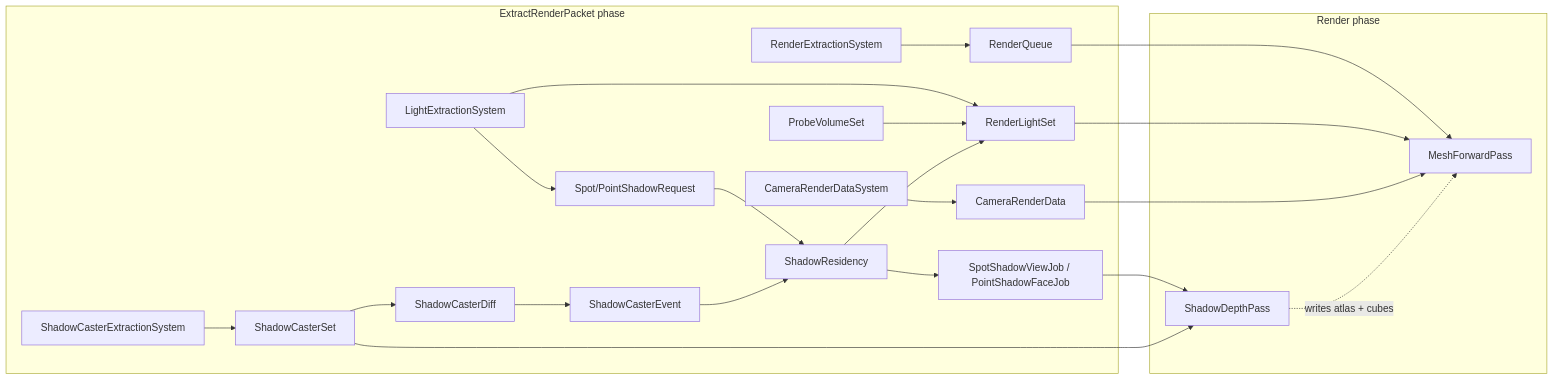
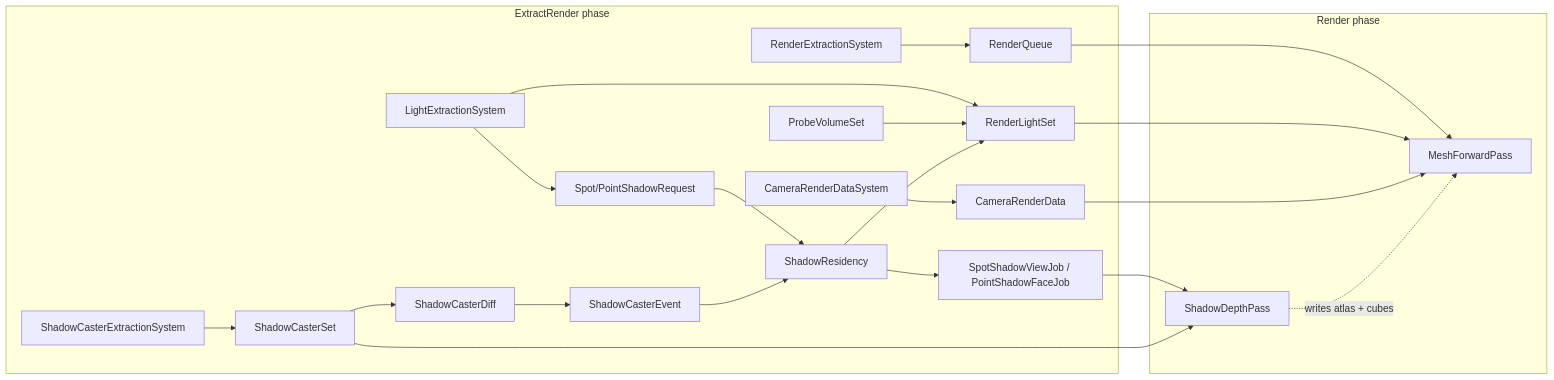
One commit to GavynBryan/Sencha changed the second of 2 diagrams in docs/renderer/architecture.md. Above: the diagram before and after it, drawn with Mermaid. The commit also changed 13 other files, not shown here.

First line of the commit message:
Delete RenderPacket and its double buffer

````diff
--- a/docs/renderer/architecture.md
+++ b/docs/renderer/architecture.md
@@ -87,24 +87,24 @@
 ```mermaid
 graph LR
-  subgraph Extract [ExtractRenderPacket phase]
+  subgraph Extract [ExtractRender phase]
     Cam[CameraRenderDataSystem] --> CamData[CameraRenderData]
     RES[RenderExtractionSystem] --> Q[RenderQueue]
     LES[LightExtractionSystem] --> LS[RenderLightSet]
     LES --> Req[Spot/PointShadowRequest]
     SCE[ShadowCasterExtractionSystem] --> CS[ShadowCasterSet]
     CS --> Diff[ShadowCasterDiff] --> Ev[ShadowCasterEvent]
     PV[ProbeVolumeSet] --> LS
     Req --> Resid[ShadowResidency]
     Ev --> Resid
     Resid --> Views[SpotShadowViewJob / PointShadowFaceJob]
     Resid --> LS
   end
   subgraph Record [Render phase]
     Views --> SDP[ShadowDepthPass]
     CS --> SDP
     Q --> MFP[MeshForwardPass]
     LS --> MFP
     CamData --> MFP
     SDP -.writes atlas + cubes.-> MFP
   end
 ```
````
